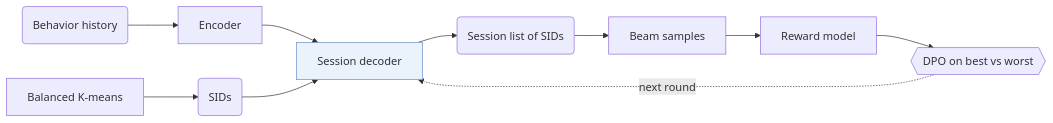
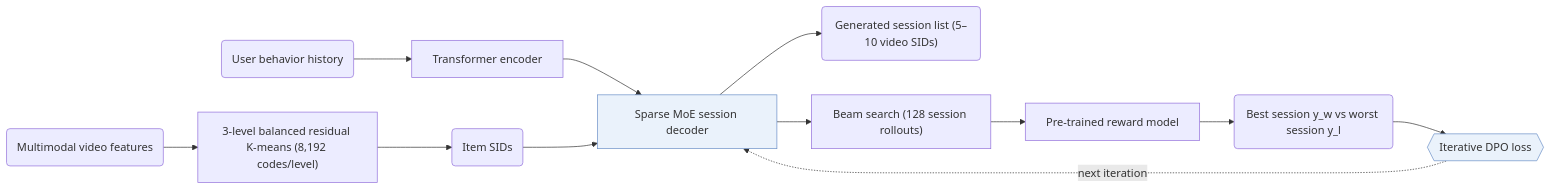
Before and after one commit to Galaxy-ghost/Awesome-SID-Generative-Rec: the diagram in notes/onerec.md, drawn with Mermaid. The commit also changed other lines of this file and 649 other files, not shown here.

Commit message:
writer-05: also tags and modality index (schema, check, build, visuals); summary field removed; calibration data for 12 papers

````diff
--- a/notes/onerec.md
+++ b/notes/onerec.md
@@ -15,12 +16,15 @@
 ```mermaid
 flowchart LR
-    A("Behavior history") --> B["Encoder"]
-    B --> C["Session decoder"]:::key
-    C --> D("Session list of SIDs")
-    E["Balanced K-means"] --> F("SIDs") --> C
-    D --> G["Beam samples"]
-    G --> H["Reward model"]
-    H --> L{{"DPO on best vs worst"}}
-    L -.->|next round| C
+    V("Multimodal video features") --> K["3-level balanced residual K-means (8,192 codes/level)"]
+    K --> S("Item SIDs")
+    A("User behavior history") --> B["Transformer encoder"]
+    B --> C["Sparse MoE session decoder"]:::key
+    S --> C
+    C --> D("Generated session list (5–10 video SIDs)")
+    C --> G["Beam search (128 session rollouts)"]
+    G --> H["Pre-trained reward model"]
+    H --> P("Best session y_w vs worst session y_l")
+    P --> L{{"Iterative DPO loss"}}:::key
+    L -.->|"next iteration"| C
     classDef key fill:#eaf2fb,stroke:#6b8fc7
 ```
````
